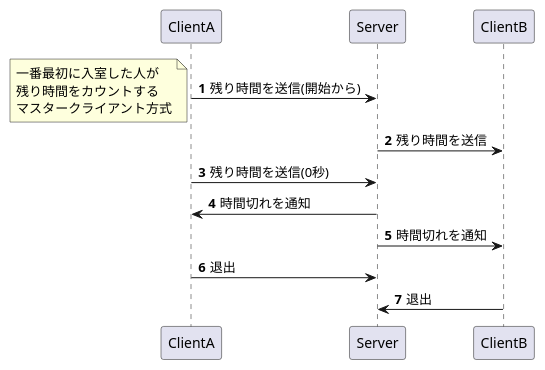
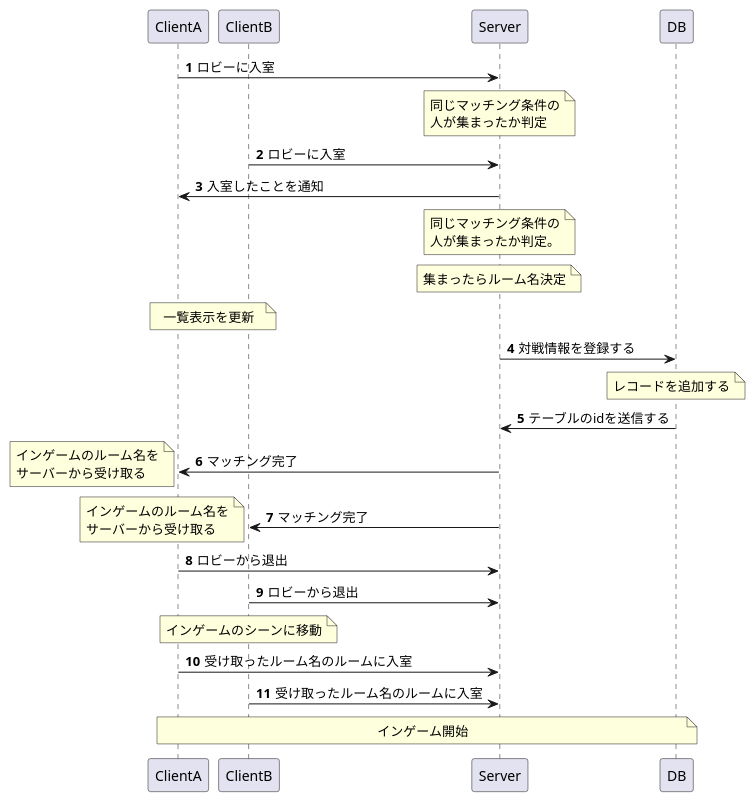
The diagram in Admin/app/src/database/migrations/Matching.puml (Bekomochi/RealTime-Repository), drawn with PlantUML before and after one commit. The commit also changed 345 other files, not shown here.

```diff
--- a/Admin/app/src/database/migrations/Matching.puml
+++ b/Admin/app/src/database/migrations/Matching.puml
@@ -1,21 +1,39 @@
 @startuml
 'https://plantuml.com/sequence-diagram
 
 autonumber
 
 participant ClientA
+participant ClientB
 participant Server
-participant ClientB
+participant DB
 
-ClientA->Server:残り時間を送信(開始から)
-note left:一番最初に入室した人が\n残り時間をカウントする\nマスタークライアント方式
-ClientB<-Server:残り時間を送信
+ClientA->Server:ロビーに入室
+note over Server:同じマッチング条件の\n人が集まったか判定
 
-ClientA->Server:残り時間を送信(0秒)
-ClientA<-Server:時間切れを通知
-ClientB<-Server:時間切れを通知
+ClientB->Server:ロビーに入室
+ClientA<-Server:入室したことを通知
+note over Server:同じマッチング条件の\n人が集まったか判定。
+note over Server:集まったらルーム名決定
 
-ClientA->Server:退出
-ClientB->Server:退出
+note over ClientA,ClientB:一覧表示を更新
+
+Server->DB:対戦情報を登録する
+note over DB:レコードを追加する
+
+Server<-DB:テーブルのidを送信する
+ClientA<-Server:マッチング完了
+note left:インゲームのルーム名を\nサーバーから受け取る
+ClientB<-Server:マッチング完了
+note left:インゲームのルーム名を\nサーバーから受け取る
+
+ClientA->Server:ロビーから退出
+ClientB->Server:ロビーから退出
+note over ClientB:インゲームのシーンに移動
+
+ClientA->Server:受け取ったルーム名のルームに入室
+ClientB->Server:受け取ったルーム名のルームに入室
+
+note across:インゲーム開始
 
 @enduml
```
